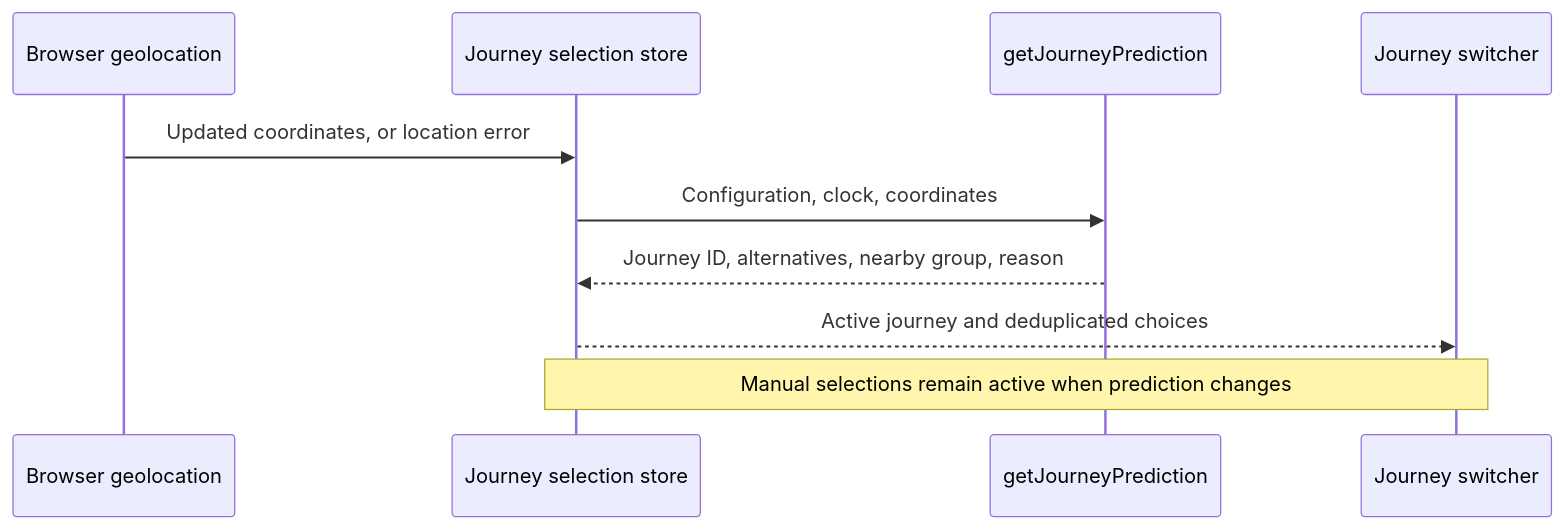
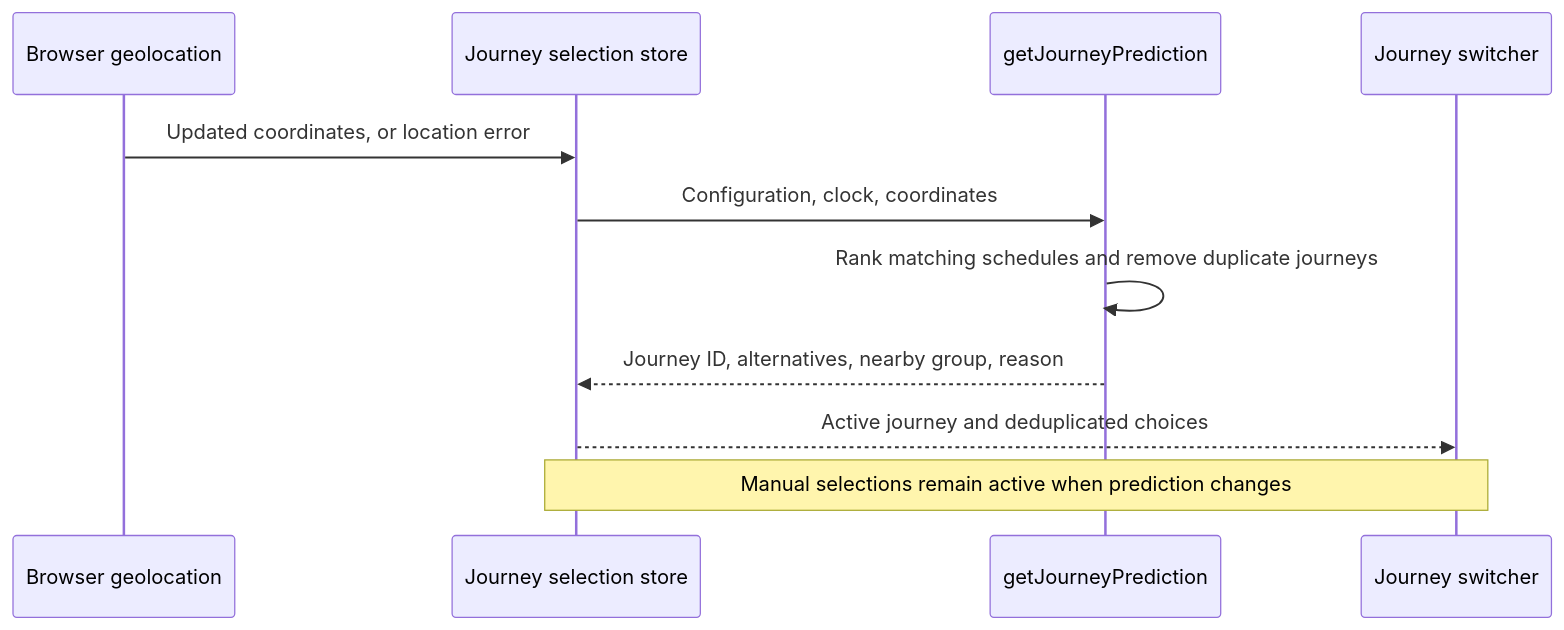
The second of 4 diagrams in docs/journey-selection.md (nd9600/trainDashboard), drawn with Mermaid before and after one commit. The commit also changed other lines of this file and 15 other files, not shown here.

````diff
--- a/docs/journey-selection.md
+++ b/docs/journey-selection.md
@@ -34,12 +36,13 @@
 ```mermaid
 sequenceDiagram
     participant Browser as Browser geolocation
     participant Store as Journey selection store
     participant Prediction as getJourneyPrediction
     participant UI as Journey switcher
     Browser->>Store: Updated coordinates, or location error
     Store->>Prediction: Configuration, clock, coordinates
+    Prediction->>Prediction: Rank matching schedules and remove duplicate journeys
     Prediction-->>Store: Journey ID, alternatives, nearby group, reason
     Store-->>UI: Active journey and deduplicated choices
     Note over Store,UI: Manual selections remain active when prediction changes
 ```
````
